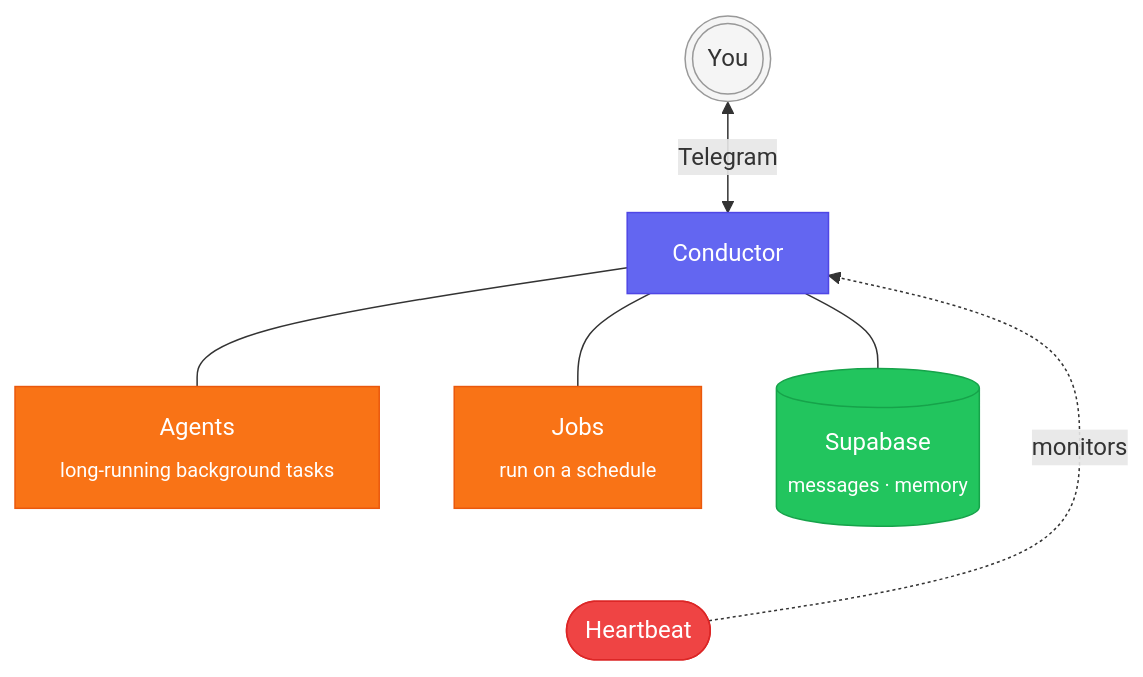
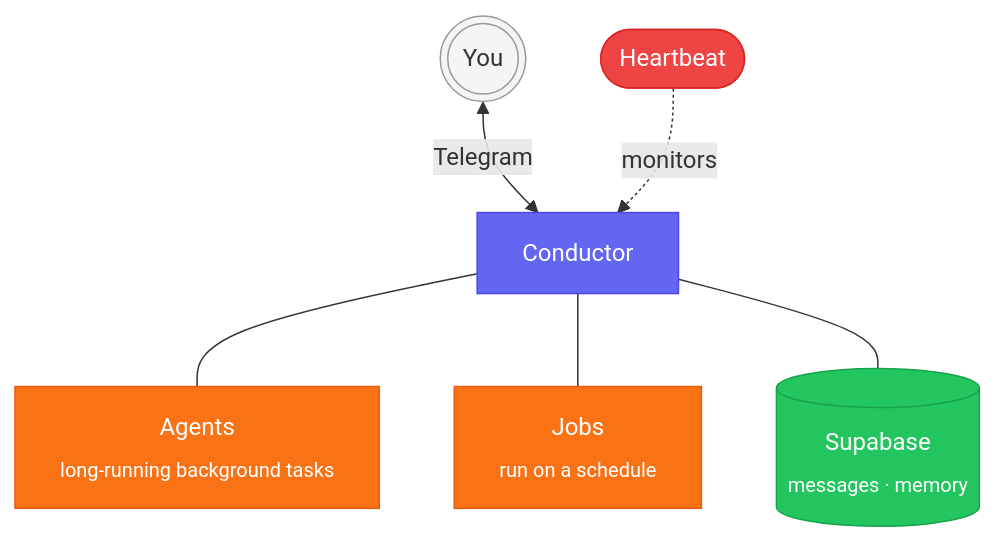
Before and after one commit to daydemir/muavin: the diagram in README.md, drawn with Mermaid.

Commit message:
Move Heartbeat to same level as Conductor in diagram

````diff
--- a/README.md
+++ b/README.md
@@ -25,18 +25,16 @@
 ```mermaid
 flowchart TD
     You((("  You  "))) <-->|"  Telegram  "| Conductor["Conductor"]
+    Heartbeat(["Heartbeat"]) -."  monitors  ".-> Conductor
 
     Conductor --- Agents["Agents<br/><sub>long-running background tasks</sub>"]
     Conductor --- Jobs["Jobs<br/><sub>run on a schedule</sub>"]
     Conductor --- Supabase[("Supabase<br/><sub>messages · memory</sub>")]
-
-    Heartbeat(["Heartbeat"]) -."  monitors  ".-> Conductor
-    Agents ~~~ Heartbeat
 
     style You fill:#f5f5f5,stroke:#999,color:#333
     style Conductor fill:#6366f1,stroke:#4f46e5,color:#fff
     style Agents fill:#f97316,stroke:#ea580c,color:#fff
     style Jobs fill:#f97316,stroke:#ea580c,color:#fff
     style Supabase fill:#22c55e,stroke:#16a34a,color:#fff
     style Heartbeat fill:#ef4444,stroke:#dc2626,color:#fff
 ```
````
